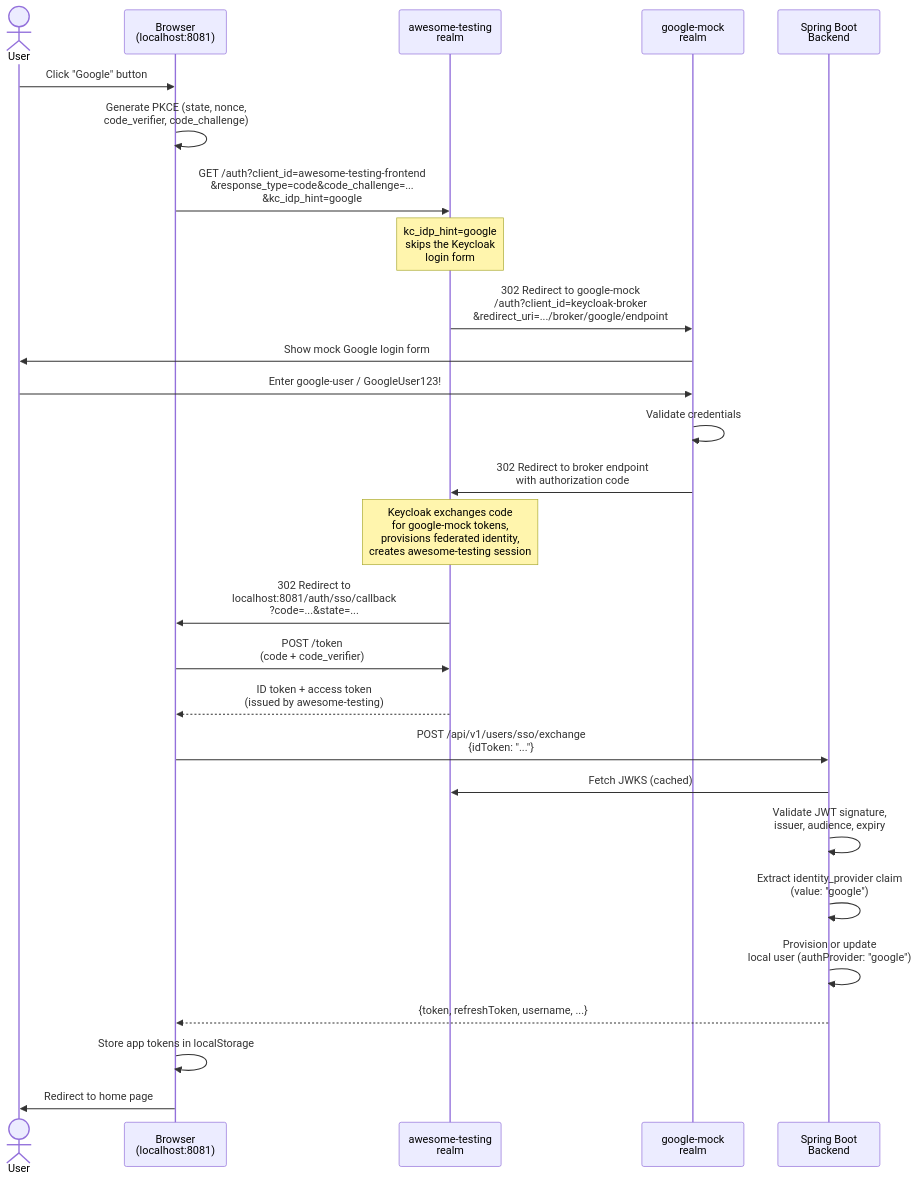
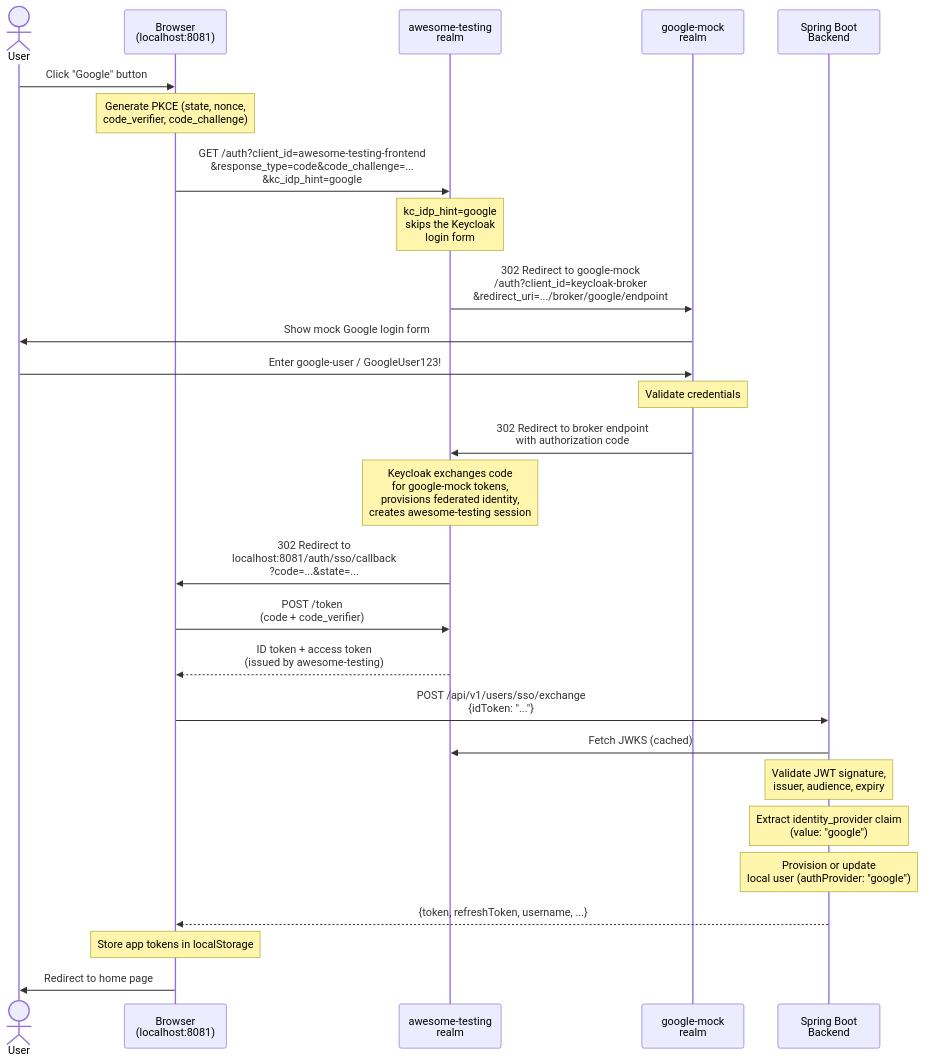
The third of 7 diagrams in docs/SOCIAL_LOGIN.md (slawekradzyminski/awesome-localstack), drawn with Mermaid before and after one commit. The commit also changed 89 other files, not shown here.

````diff
--- a/docs/SOCIAL_LOGIN.md
+++ b/docs/SOCIAL_LOGIN.md
@@ -110,38 +110,38 @@
 ```mermaid
 sequenceDiagram
     actor User
     participant Browser as Browser<br/>(localhost:8081)
     participant AT as awesome-testing<br/>realm
     participant GM as google-mock<br/>realm
     participant Backend as Spring Boot<br/>Backend
 
     User->>Browser: Click "Google" button
-    Browser->>Browser: Generate PKCE (state, nonce,<br/>code_verifier, code_challenge)
+    Note over Browser: Generate PKCE (state, nonce,<br/>code_verifier, code_challenge)
     Browser->>AT: GET /auth?client_id=awesome-testing-frontend<br/>&response_type=code&code_challenge=...<br/>&kc_idp_hint=google
 
     Note over AT: kc_idp_hint=google<br/>skips the Keycloak<br/>login form
 
     AT->>GM: 302 Redirect to google-mock<br/>/auth?client_id=keycloak-broker<br/>&redirect_uri=.../broker/google/endpoint
 
     GM->>User: Show mock Google login form
     User->>GM: Enter google-user / GoogleUser123!
-    GM->>GM: Validate credentials
+    Note over GM: Validate credentials
     GM->>AT: 302 Redirect to broker endpoint<br/>with authorization code
 
     Note over AT: Keycloak exchanges code<br/>for google-mock tokens,<br/>provisions federated identity,<br/>creates awesome-testing session
 
     AT->>Browser: 302 Redirect to<br/>localhost:8081/auth/sso/callback<br/>?code=...&state=...
 
     Browser->>AT: POST /token<br/>(code + code_verifier)
     AT-->>Browser: ID token + access token<br/>(issued by awesome-testing)
 
     Browser->>Backend: POST /api/v1/users/sso/exchange<br/>{idToken: "..."}
     Backend->>AT: Fetch JWKS (cached)
-    Backend->>Backend: Validate JWT signature,<br/>issuer, audience, expiry
-    Backend->>Backend: Extract identity_provider claim<br/>(value: "google")
-    Backend->>Backend: Provision or update<br/>local user (authProvider: "google")
+    Note over Backend: Validate JWT signature,<br/>issuer, audience, expiry
+    Note over Backend: Extract identity_provider claim<br/>(value: "google")
+    Note over Backend: Provision or update<br/>local user (authProvider: "google")
     Backend-->>Browser: {token, refreshToken, username, ...}
 
-    Browser->>Browser: Store app tokens in localStorage
+    Note over Browser: Store app tokens in localStorage
     Browser->>User: Redirect to home page
 ```
````
